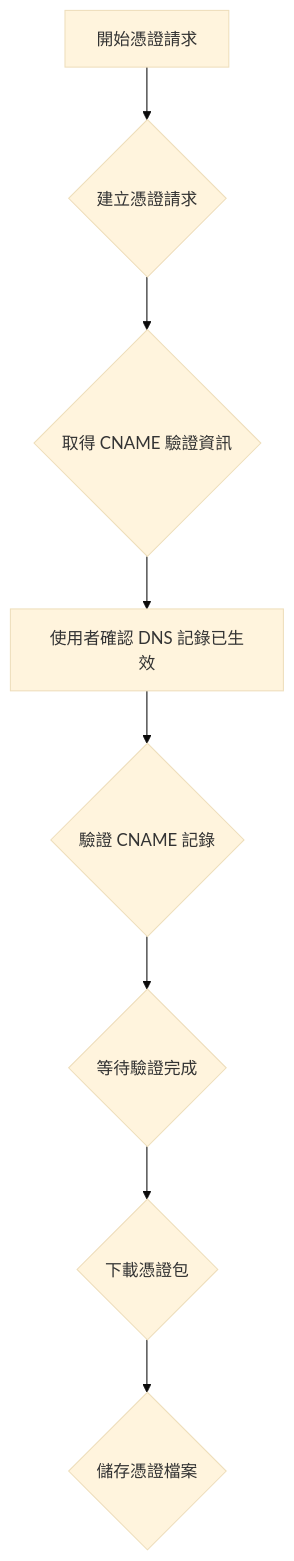
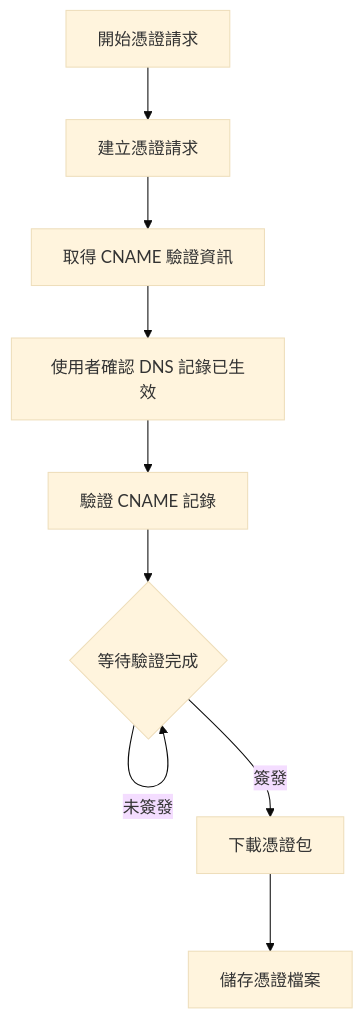
One commit to cdcd72/zerossl-scripts changed the diagram in README.md. Above: the diagram before and after it, drawn with Mermaid (base theme).

````diff
--- a/README.md
+++ b/README.md
@@ -7,10 +7,11 @@
 ```mermaid
 graph TD
-    A[開始憑證請求] --> B{建立憑證請求};
-    B --> C{取得 CNAME 驗證資訊};
+    A[開始憑證請求] --> B[建立憑證請求];
+    B --> C[取得 CNAME 驗證資訊];
     C --> D[使用者確認 DNS 記錄已生效];
-    D --> E{驗證 CNAME 記錄};
+    D --> E[驗證 CNAME 記錄];
     E --> F{等待驗證完成};
-    F --> G{下載憑證包};
-    G --> H{儲存憑證檔案};
+    F --> |未簽發| F{等待驗證完成};
+    F --> |簽發| G[下載憑證包];
+    G --> H[儲存憑證檔案];
 ```
````
